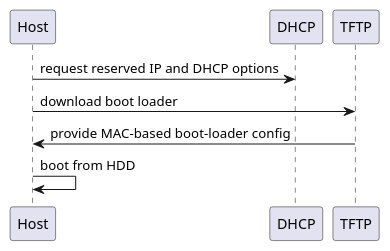
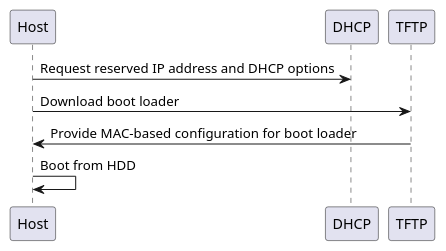
The diagram in guides/image-sources/prov-first-local-boot-pxe.iuml (theforeman/foreman-documentation), drawn with PlantUML before and after one commit. The commit also changed 6 other files, not shown here.

```diff
--- a/guides/image-sources/prov-first-local-boot-pxe.iuml
+++ b/guides/image-sources/prov-first-local-boot-pxe.iuml
@@ -1,4 +1,4 @@
-Host -> DHCP : request reserved IP and DHCP options
-Host -> TFTP : download boot loader
-TFTP -> Host : provide MAC-based boot-loader config
-Host -> Host : boot from HDD
+Host -> DHCP : Request reserved IP address and DHCP options
+Host -> TFTP : Download boot loader
+TFTP -> Host : Provide MAC-based configuration for boot loader
+Host -> Host : Boot from HDD
```
